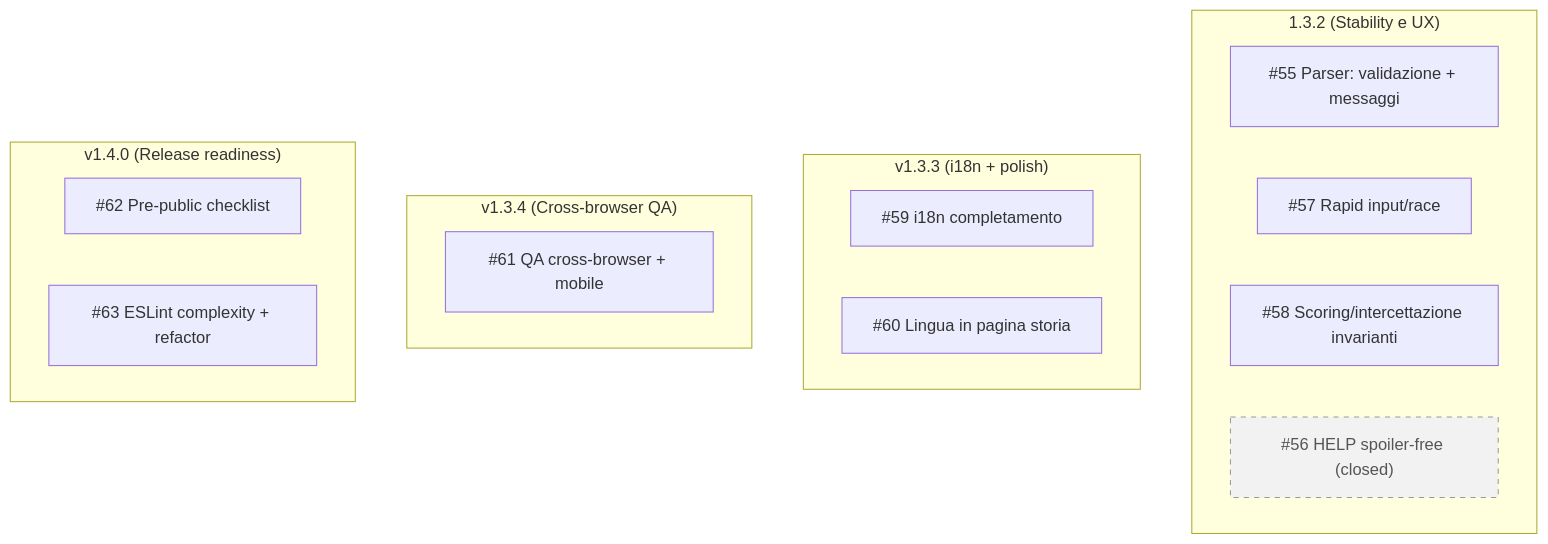
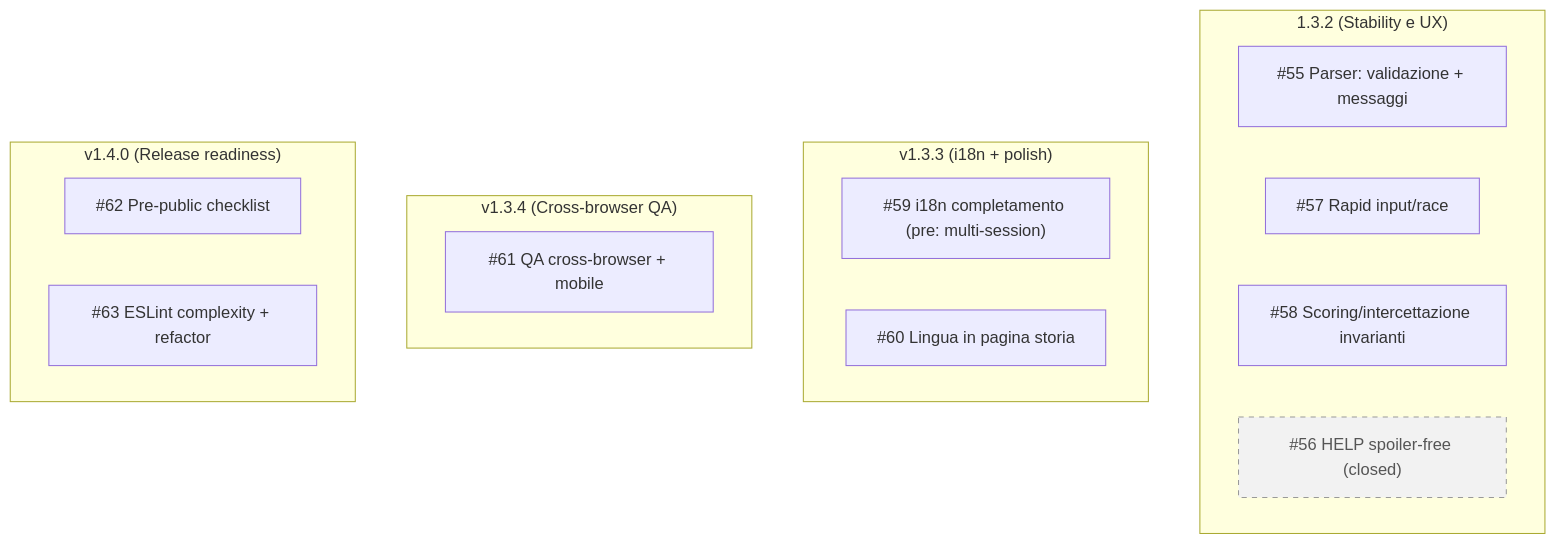
One commit to Aqualung61/MissioneOdessa changed the first of 2 diagrams in docs/20260113_nextsteps.md. Above: the diagram before and after it, drawn with Mermaid. The commit also changed other lines of this file and 8 other files, not shown here.

````diff
--- a/docs/20260113_nextsteps.md
+++ b/docs/20260113_nextsteps.md
@@ -72,27 +72,27 @@
 ```mermaid
 flowchart TB
 
   subgraph M132["1.3.2 (Stability e UX)"]
     I55["#55 Parser: validazione + messaggi"]
     I57["#57 Rapid input/race"]
     I58["#58 Scoring/intercettazione invarianti"]
     I56["#56 HELP spoiler-free (closed)"]
   end
 
   subgraph M133["v1.3.3 (i18n + polish)"]
-    I59["#59 i18n completamento"]
+    I59["#59 i18n completamento (pre: multi-session)"]
     I60["#60 Lingua in pagina storia"]
   end
 
   subgraph M134["v1.3.4 (Cross-browser QA)"]
     I61["#61 QA cross-browser + mobile"]
   end
 
   subgraph M140["v1.4.0 (Release readiness)"]
     I62["#62 Pre-public checklist"]
     I63["#63 ESLint complexity + refactor"]
   end
 
   classDef closed fill:#f2f2f2,stroke:#999,stroke-dasharray: 5 5,color:#555;
   class I56 closed;
 ```
````
